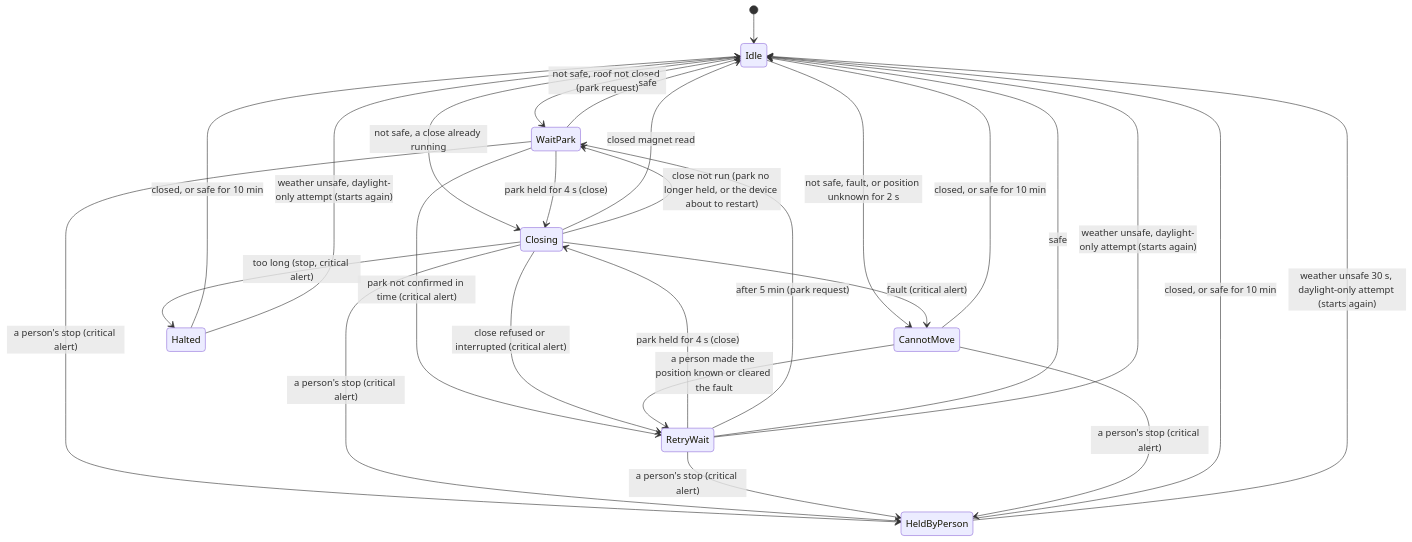
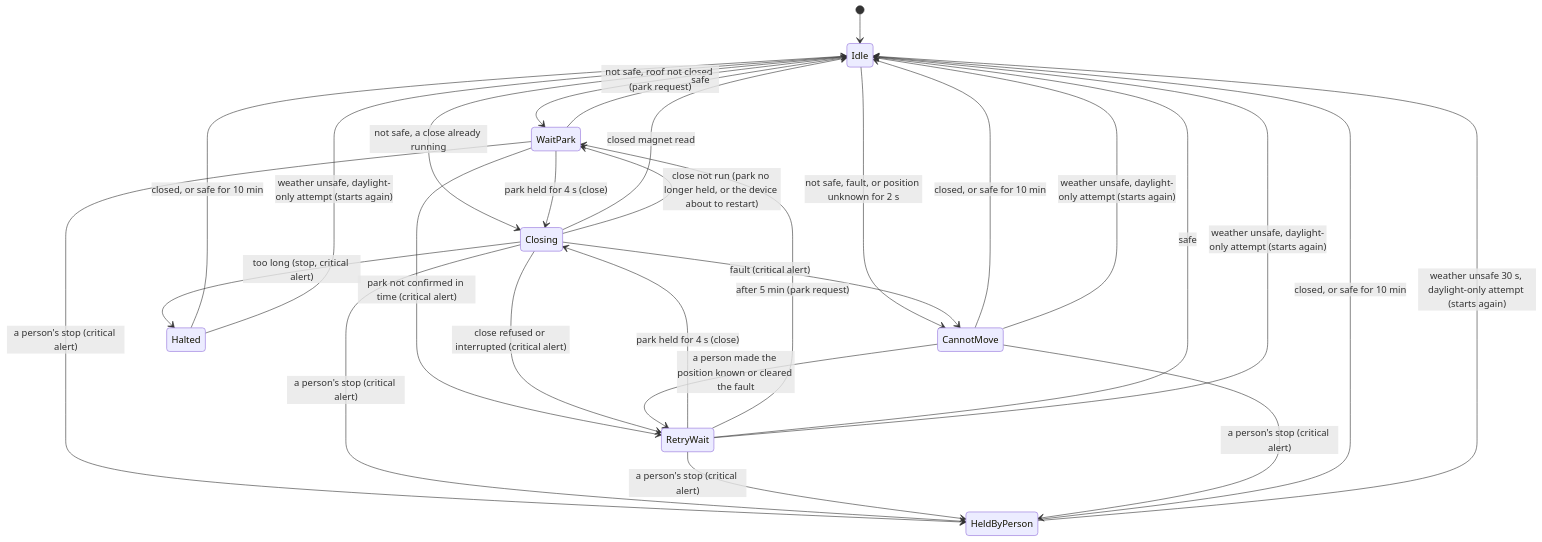
The diagram in docs/user-guide/close-on-unsafe.md (DeanJ87/RoofRoof), drawn with Mermaid before and after one commit. The commit also changed other lines of this file and 15 other files, not shown here.

Commit message:
013: review round 2: a daylight can't-move re-arms on unsafe weather and alerts at once in the weather's words; a paused daylight attempt resumed by rain alerts afresh; a mode or threshold change resets the band; roof_closed weather text as spec 005; tests; docs and DIA-22

````diff
--- a/docs/user-guide/close-on-unsafe.md
+++ b/docs/user-guide/close-on-unsafe.md
@@ -33,31 +33,32 @@
 ```mermaid
 stateDiagram-v2
     accTitle: The close on unsafe weather
-    accDescr: From idle, an unsafe verdict with the roof not closed starts an attempt that asks N.I.N.A. to park; a roof already closing is only watched. When the park has held for 4 s the roof is closed. Reaching the closed magnet ends the sequence. A park not confirmed in time, a refused, interrupted or too-long close leads to a five-minute wait, during which a confirmed park still closes the roof, then a new attempt. A fault, or a position unknown for 2 s, stands the sequence down until a person acts. A close that outlasts its guard is stopped and the sequence halts. A person's stop (also while it can't move) stands it down; halted and stood-down sequences end when the roof is closed or it has been safe for 10 minutes. A safe verdict before the close ends the sequence; a close already commanded runs to the end. With the daylight close on, "not safe" also means the sun is up and "safe" means neither; when the weather turns unsafe after a daylight-only attempt, a halted or waiting sequence starts again at once, a sequence a person stood down after 30 s of unsafe weather.
+    accDescr: From idle, an unsafe verdict with the roof not closed starts an attempt that asks N.I.N.A. to park; a roof already closing is only watched. When the park has held for 4 s the roof is closed. Reaching the closed magnet ends the sequence. A park not confirmed in time, a refused, interrupted or too-long close leads to a five-minute wait, during which a confirmed park still closes the roof, then a new attempt. A fault, or a position unknown for 2 s, stands the sequence down until a person acts. A close that outlasts its guard is stopped and the sequence halts. A person's stop (also while it can't move) stands it down; halted and stood-down sequences end when the roof is closed or it has been safe for 10 minutes. A safe verdict before the close ends the sequence; a close already commanded runs to the end. With the daylight close on, "not safe" also means the sun is up and "safe" means neither; when the weather turns unsafe after a daylight-only attempt, a halted, waiting or can't-move sequence starts again at once, a sequence a person stood down after 30 s of unsafe weather.
     [*] --> Idle
     Idle --> WaitPark: not safe, roof not closed (park request)
     Idle --> Closing: not safe, a close already running
     Idle --> CannotMove: not safe, fault, or position unknown for 2 s
     WaitPark --> Closing: park held for 4 s (close)
     WaitPark --> RetryWait: park not confirmed in time (critical alert)
     WaitPark --> Idle: safe
     RetryWait --> Closing: park held for 4 s (close)
     RetryWait --> WaitPark: after 5 min (park request)
     RetryWait --> Idle: safe
     Closing --> Idle: closed magnet read
     Closing --> RetryWait: close refused or interrupted (critical alert)
     Closing --> WaitPark: close not run (park no longer held, or the device about to restart)
     Closing --> Halted: too long (stop, critical alert)
     Closing --> CannotMove: fault (critical alert)
     WaitPark --> HeldByPerson: a person's stop (critical alert)
     Closing --> HeldByPerson: a person's stop (critical alert)
     RetryWait --> HeldByPerson: a person's stop (critical alert)
     CannotMove --> RetryWait: a person made the position known or cleared the fault
     CannotMove --> HeldByPerson: a person's stop (critical alert)
     CannotMove --> Idle: closed, or safe for 10 min
     HeldByPerson --> Idle: closed, or safe for 10 min
     Halted --> Idle: closed, or safe for 10 min
     HeldByPerson --> Idle: weather unsafe 30 s, daylight-only attempt (starts again)
     Halted --> Idle: weather unsafe, daylight-only attempt (starts again)
     RetryWait --> Idle: weather unsafe, daylight-only attempt (starts again)
+    CannotMove --> Idle: weather unsafe, daylight-only attempt (starts again)
 ```
````
